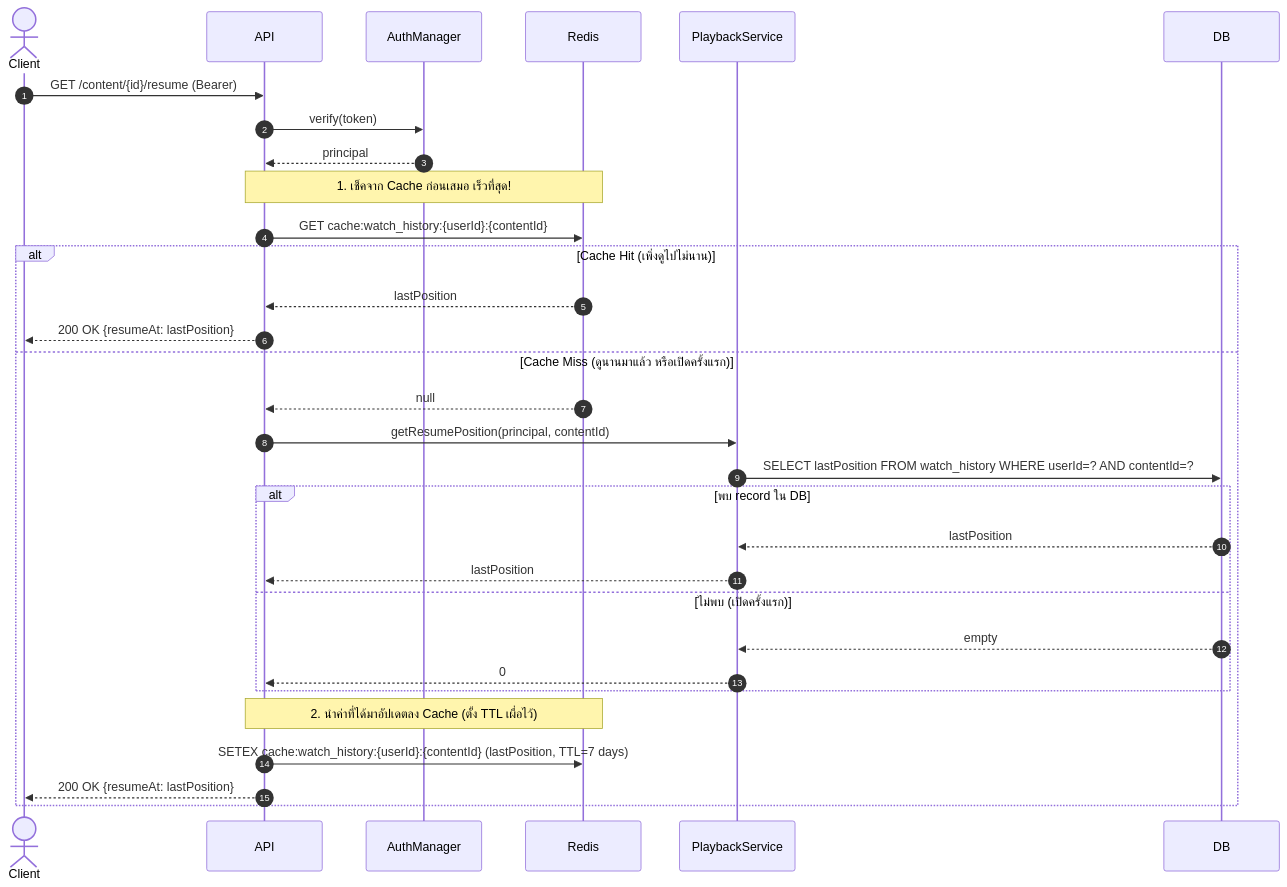
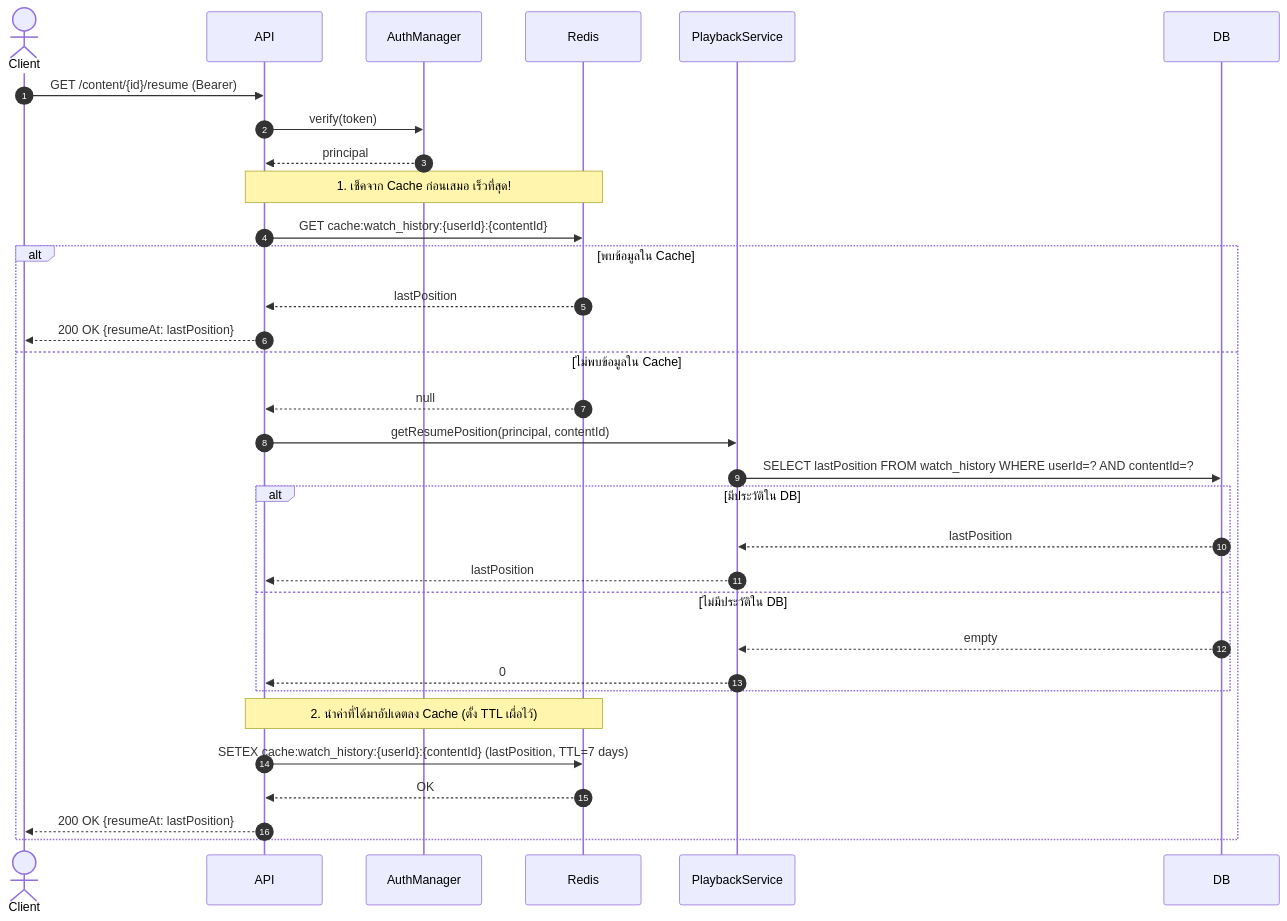
Before and after one commit to Bank-e/Music-Video-Streaming-Subscription-System: the second of 4 diagrams in doc/sequence_05_playback.md, drawn with Mermaid. The commit also changed other lines of this file and 3 other files, not shown here.

Commit message:
docs: update sequence diagrams and add high level architecture

````diff
--- a/doc/sequence_05_playback.md
+++ b/doc/sequence_05_playback.md
@@ -50,39 +54,40 @@
 ```mermaid
 sequenceDiagram
     autonumber
     actor Client
     participant API
     participant AM as AuthManager
     participant Cache as Redis
     participant PS as PlaybackService
     participant DB
 
     Client->>API: GET /content/{id}/resume (Bearer)
     API->>AM: verify(token)
     AM-->>API: principal
 
     Note over API,Cache: 1. เช็คจาก Cache ก่อนเสมอ เร็วที่สุด!
     API->>Cache: GET cache:watch_history:{userId}:{contentId}
 
-    alt Cache Hit (เพิ่งดูไปไม่นาน)
+    alt พบข้อมูลใน Cache
         Cache-->>API: lastPosition
         API-->>Client: 200 OK {resumeAt: lastPosition}
-    else Cache Miss (ดูนานมาแล้ว หรือเปิดครั้งแรก)
+    else ไม่พบข้อมูลใน Cache
         Cache-->>API: null
         API->>PS: getResumePosition(principal, contentId)
         PS->>DB: SELECT lastPosition FROM watch_history WHERE userId=? AND contentId=?
 
-        alt พบ record ใน DB
+        alt มีประวัติใน DB
             DB-->>PS: lastPosition
             PS-->>API: lastPosition
-        else ไม่พบ (เปิดครั้งแรก)
+        else ไม่มีประวัติใน DB
             DB-->>PS: empty
             PS-->>API: 0
         end
 
         Note over API,Cache: 2. นำค่าที่ได้มาอัปเดตลง Cache (ตั้ง TTL เผื่อไว้)
         API->>Cache: SETEX cache:watch_history:{userId}:{contentId} (lastPosition, TTL=7 days)
+        Cache-->>API: OK
 
         API-->>Client: 200 OK {resumeAt: lastPosition}
     end
 ```
````
